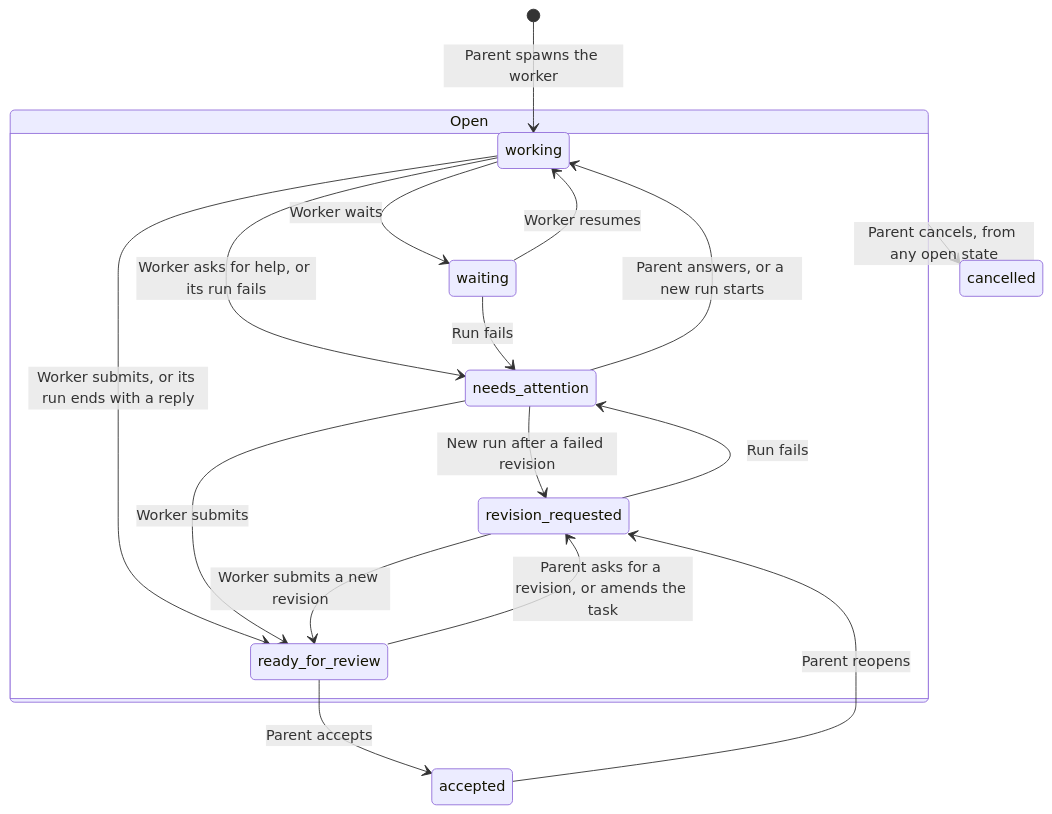
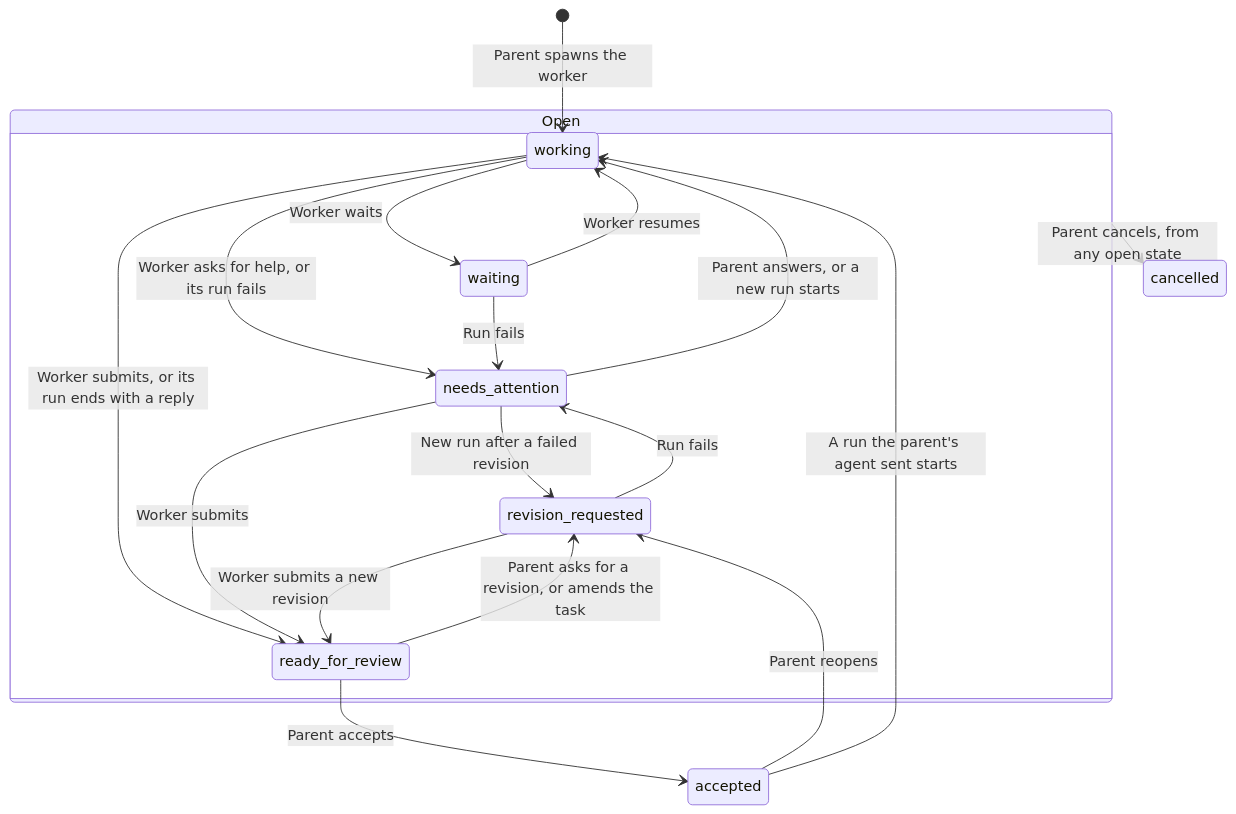
The diagram in website/src/content/docs/reference/hive.md (OpenWaggle/OpenWaggle), drawn with Mermaid before and after one commit. The commit also changed other lines of this file and 1 other file, not shown here.

Commit message:
docs(hive): describe new work after acceptance and that a report never wakes the parent

````diff
--- a/website/src/content/docs/reference/hive.md
+++ b/website/src/content/docs/reference/hive.md
@@ -162,21 +162,22 @@
 ```mermaid
 %% alt: The delegation states and the main moves between them
 stateDiagram-v2
   [*] --> working: Parent spawns the worker
   state "Open" as open {
     working --> waiting: Worker waits
     waiting --> working: Worker resumes
     working --> needs_attention: Worker asks for help, or its run fails
     waiting --> needs_attention: Run fails
     needs_attention --> working: Parent answers, or a new run starts
     revision_requested --> needs_attention: Run fails
     needs_attention --> revision_requested: New run after a failed revision
     working --> ready_for_review: Worker submits, or its run ends with a reply
     needs_attention --> ready_for_review: Worker submits
     ready_for_review --> revision_requested: Parent asks for a revision, or amends the task
     revision_requested --> ready_for_review: Worker submits a new revision
   }
   ready_for_review --> accepted: Parent accepts
   accepted --> revision_requested: Parent reopens
+  accepted --> working: A run the parent's agent sent starts
   open --> cancelled: Parent cancels, from any open state
 ```
````
